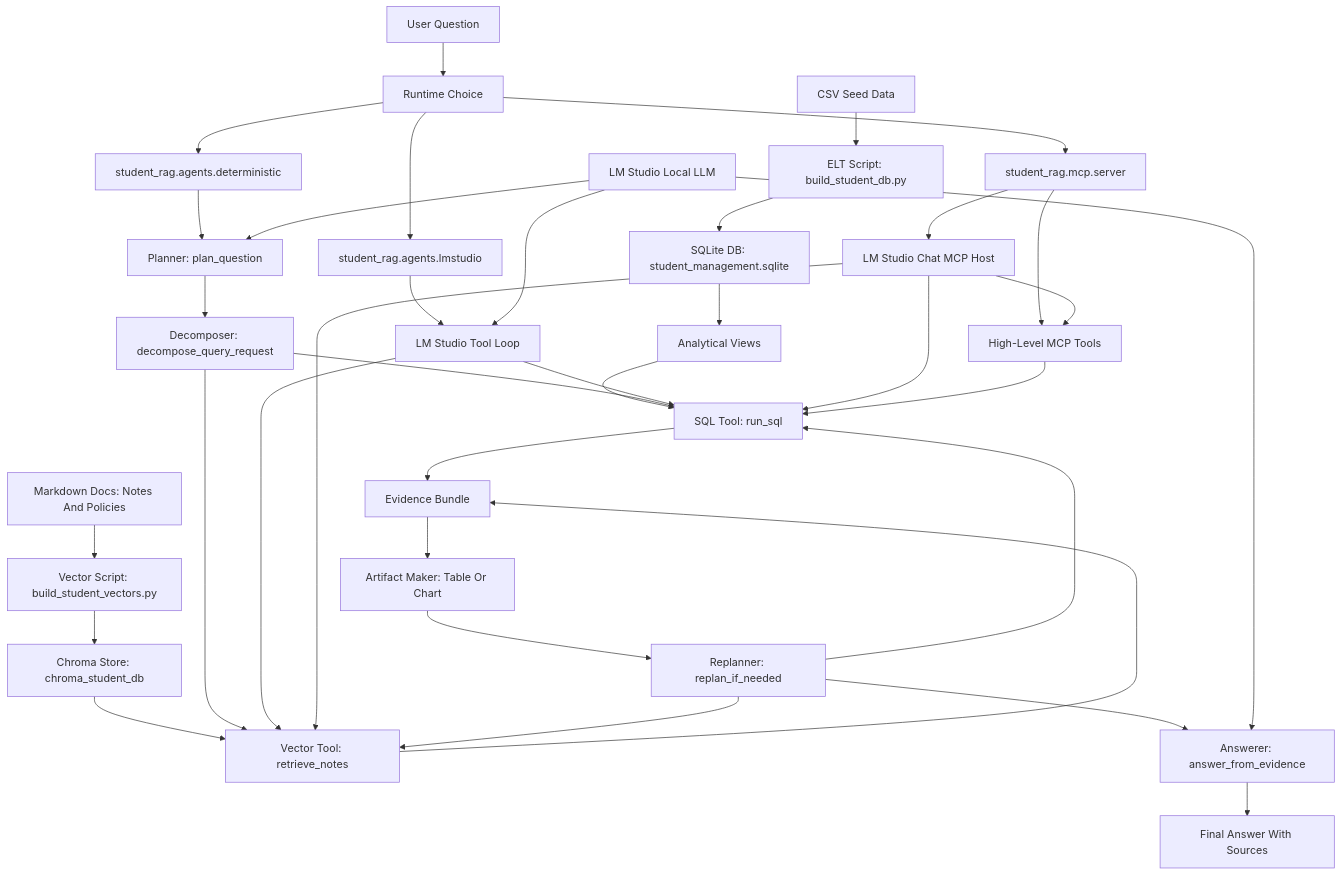
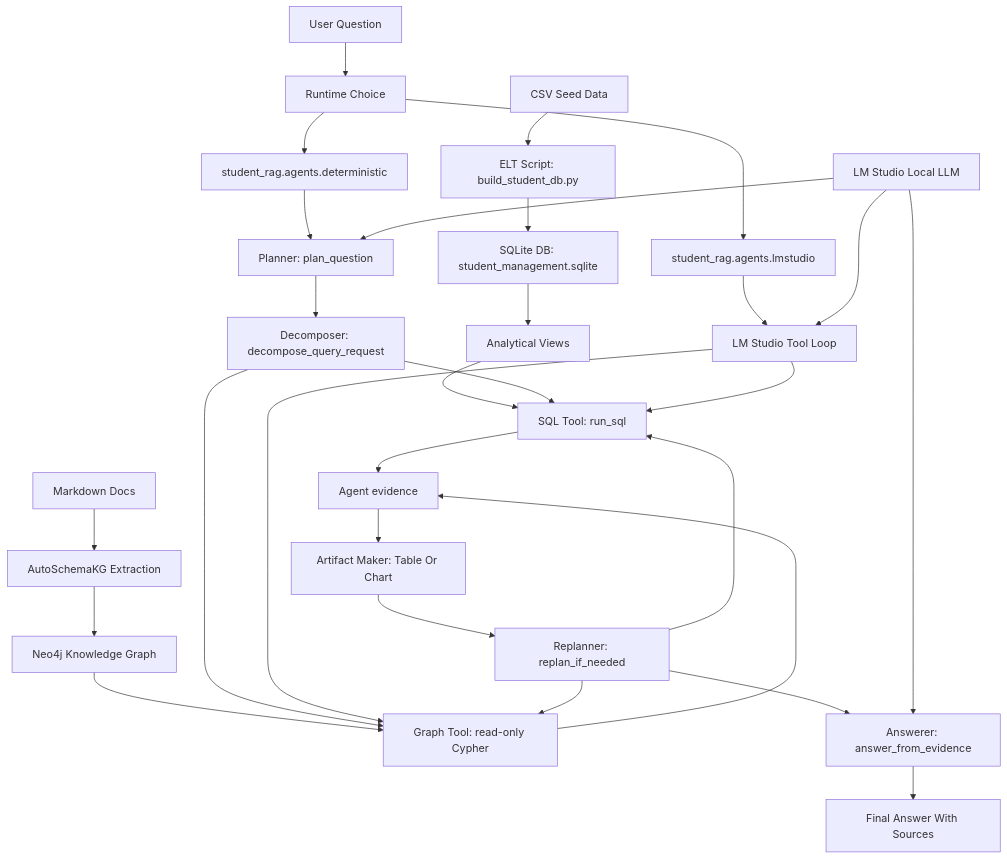
Before and after one commit to DuongPhanHoai/rag_assistant: the first of 7 diagrams in docs/DESIGN.md, drawn with Mermaid. The commit also changed other lines of this file and 8 other files, not shown here.

````diff
--- a/docs/DESIGN.md
+++ b/docs/DESIGN.md
@@ -34,43 +36,37 @@
 ```mermaid
 flowchart TD
     UserQuestion["User Question"] --> RuntimeChoice["Runtime Choice"]
     RuntimeChoice --> DeterministicAgent["student_rag.agents.deterministic"]
     RuntimeChoice --> ToolAgent["student_rag.agents.lmstudio"]
-    RuntimeChoice --> McpServer["student_rag.mcp.server"]
+
     DeterministicAgent --> Planner["Planner: plan_question"]
     Planner --> Decomposer["Decomposer: decompose_query_request"]
     ToolAgent --> LmToolLoop["LM Studio Tool Loop"]
-    McpServer --> LmStudioChat["LM Studio Chat MCP Host"]
-    McpServer --> HighLevelTools["High-Level MCP Tools"]
 
     CsvData["CSV Seed Data"] --> DbBuilder["ELT Script: build_student_db.py"]
     DbBuilder --> SQLiteDb["SQLite DB: student_management.sqlite"]
     SQLiteDb --> SqlViews["Analytical Views"]
     SqlViews --> SqlTool["SQL Tool: run_sql"]
 
-    MarkdownDocs["Markdown Docs: Notes And Policies"] --> VectorBuilder["Vector Script: build_student_vectors.py"]
-    VectorBuilder --> ChromaStore["Chroma Store: chroma_student_db"]
-    ChromaStore --> VectorTool["Vector Tool: retrieve_notes"]
+    MarkdownDocs["Markdown Docs"] --> AutoSchemaKG["AutoSchemaKG Extraction"]
+    AutoSchemaKG --> Neo4j["Neo4j Knowledge Graph"]
+    Neo4j --> GraphTool["Graph Tool: read-only Cypher"]
 
     Decomposer --> SqlTool
-    Decomposer --> VectorTool
+    Decomposer --> GraphTool
     LmToolLoop --> SqlTool
-    LmToolLoop --> VectorTool
-    LmStudioChat --> SqlTool
-    LmStudioChat --> VectorTool
-    LmStudioChat --> HighLevelTools
-    HighLevelTools --> SqlTool
-    SqlTool --> Evidence["Evidence Bundle"]
-    VectorTool --> Evidence
+    LmToolLoop --> GraphTool
+    SqlTool --> AgentEvidence["Agent evidence"]
+    GraphTool --> AgentEvidence
 
-    Evidence --> ArtifactMaker["Artifact Maker: Table Or Chart"]
+    AgentEvidence --> ArtifactMaker["Artifact Maker: Table Or Chart"]
     ArtifactMaker --> Replanner["Replanner: replan_if_needed"]
     Replanner --> SqlTool
-    Replanner --> VectorTool
+    Replanner --> GraphTool
     Replanner --> Answerer["Answerer: answer_from_evidence"]
 
     LmStudio["LM Studio Local LLM"] --> Planner
     LmStudio --> LmToolLoop
     LmStudio --> Answerer
     Answerer --> FinalAnswer["Final Answer With Sources"]
 ```
````
